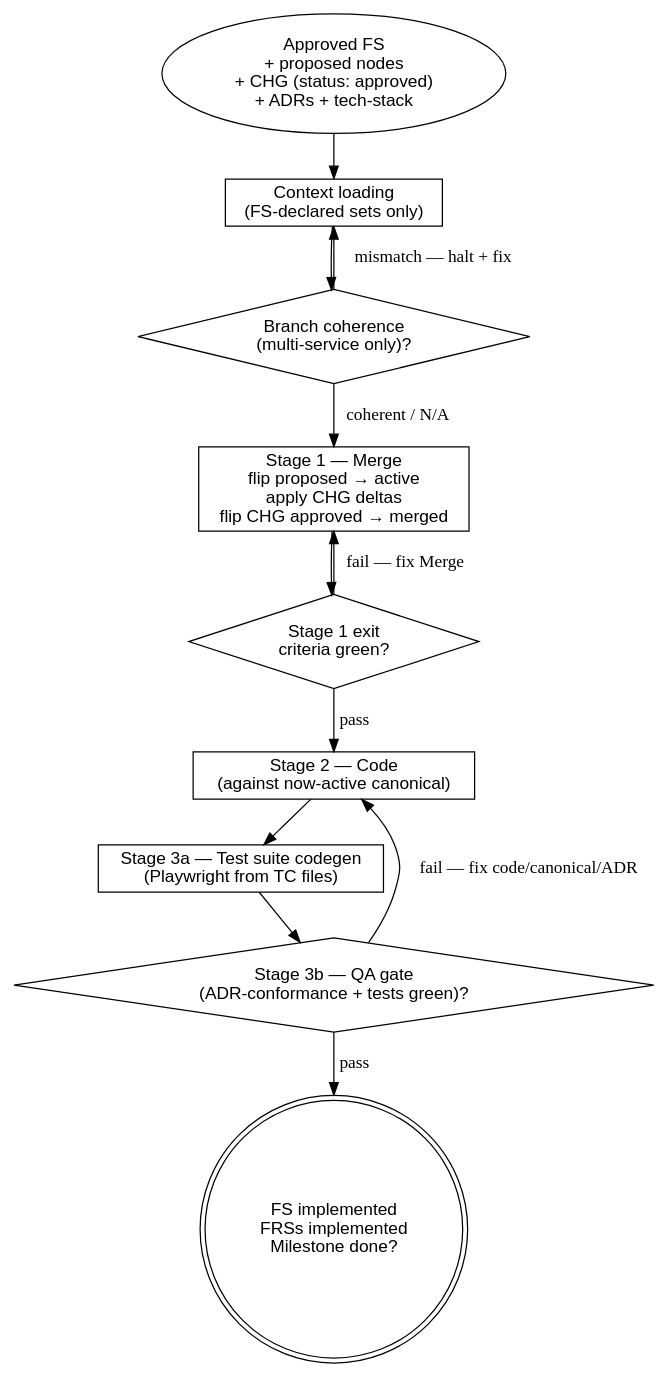
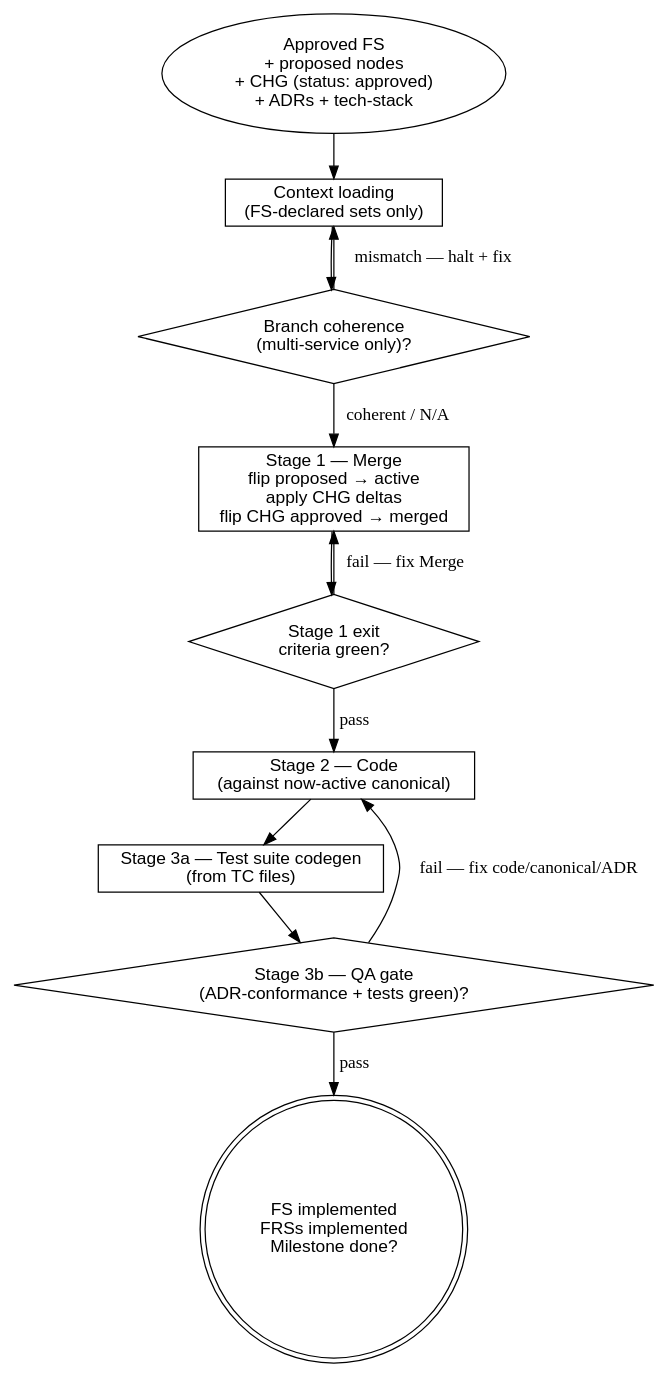
Before and after one commit to thapaliyabikendra/agentic-dev-workspace: the diagram in sdlc/workflow/implementation.md, drawn with Graphviz. The commit also changed other lines of this file and 20 other files, not shown here.

````diff
--- a/sdlc/workflow/implementation.md
+++ b/sdlc/workflow/implementation.md
@@ -69,29 +69,29 @@
 ```dot
 digraph implementation_flow {
     rankdir=TB;
     node [fontname="Helvetica"];
 
     inputs   [shape=oval,  label="Approved FS\n+ proposed nodes\n+ CHG (status: approved)\n+ ADRs + tech-stack"];
     ctxload  [shape=box,   label="Context loading\n(FS-declared sets only)"];
     branch   [shape=diamond, label="Branch coherence\n(multi-service only)?"];
     stage1   [shape=box,   label="Stage 1 — Merge\nflip proposed → active\napply CHG deltas\nflip CHG approved → merged"];
     s1exit   [shape=diamond, label="Stage 1 exit\ncriteria green?"];
     stage2   [shape=box,   label="Stage 2 — Code\n(against now-active canonical)"];
-    stage3tc [shape=box,   label="Stage 3a — Test suite codegen\n(Playwright from TC files)"];
+    stage3tc [shape=box,   label="Stage 3a — Test suite codegen\n(from TC files)"];
     stage3qa [shape=diamond, label="Stage 3b — QA gate\n(ADR-conformance + tests green)?"];
 
     out_done [shape=doublecircle, label="FS implemented\nFRSs implemented\nMilestone done?"];
 
     inputs -> ctxload;
     ctxload -> branch;
     branch -> stage1 [label="coherent / N/A"];
     branch -> ctxload [label="mismatch — halt + fix"];
     stage1 -> s1exit;
     s1exit -> stage1 [label="fail — fix Merge"];
     s1exit -> stage2 [label="pass"];
     stage2 -> stage3tc;
     stage3tc -> stage3qa;
     stage3qa -> stage2 [label="fail — fix code/canonical/ADR"];
     stage3qa -> out_done [label="pass"];
 }
 ```
````
